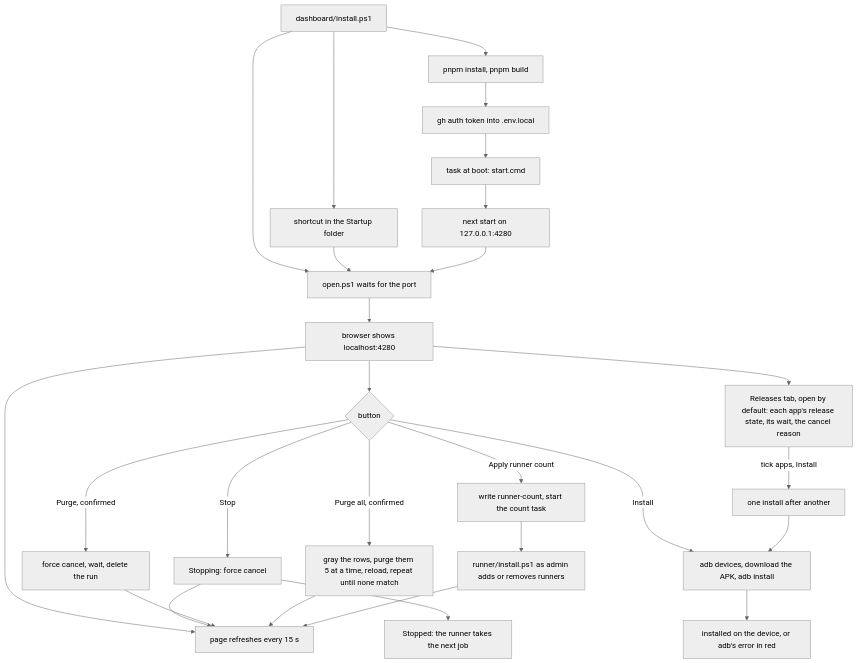
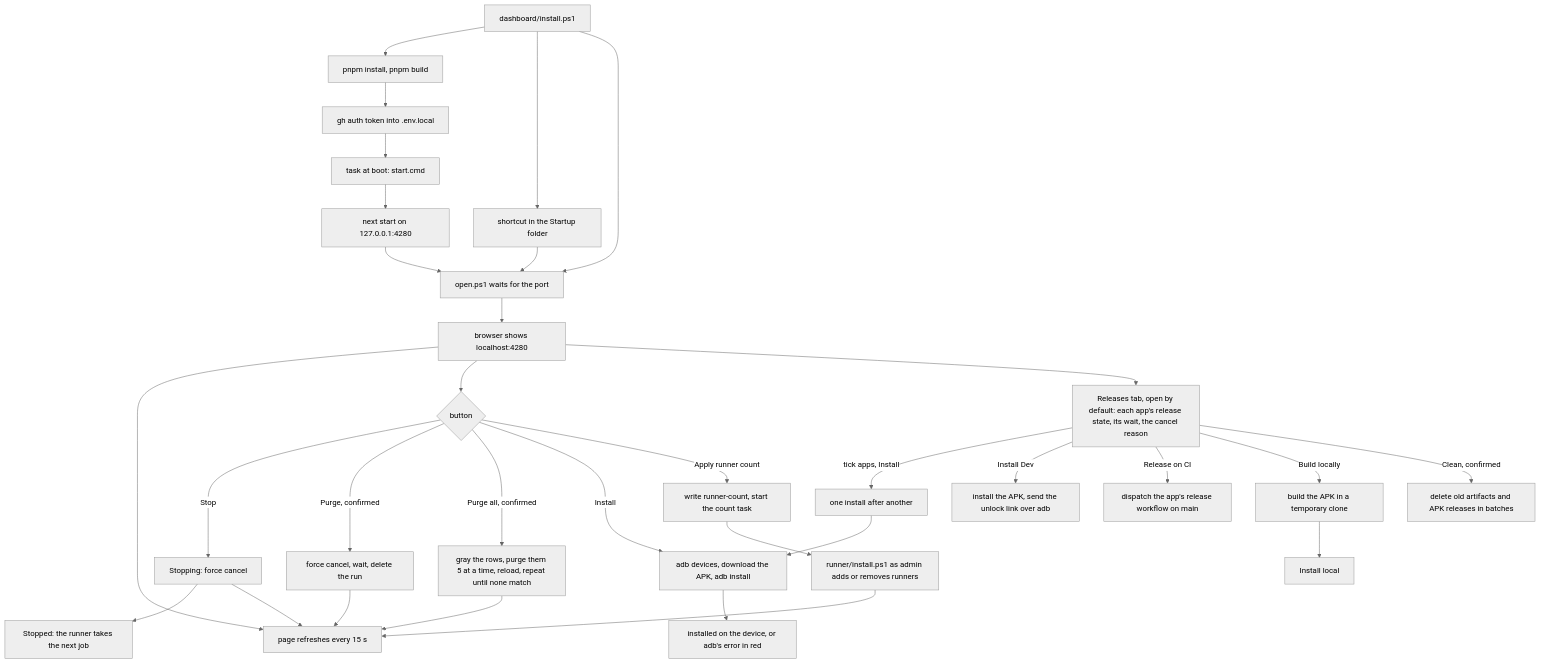
The sixth of 6 diagrams in docs/user-flows.md (workbench-soft/local-ci), drawn with Mermaid (neutral theme) before and after one commit. The commit also changed other lines of this file and 7 other files, not shown here.

First line of the commit message:
docs: match the docs to Release after Checks, Install Dev and storage cleanup (#131)

````diff
--- a/docs/user-flows.md
+++ b/docs/user-flows.md
@@ -154,23 +159,27 @@
 ```mermaid
 flowchart TD
   A[dashboard/install.ps1] --> B[pnpm install, pnpm build]
   B --> C[gh auth token into .env.local]
   C --> D[task at boot: start.cmd]
   D --> E[next start on 127.0.0.1:4280]
   A --> S[shortcut in the Startup folder]
   A & S --> O[open.ps1 waits for the port]
   E --> O
   O --> F[browser shows localhost:4280]
   F --> G[page refreshes every 15 s]
   F --> H{button}
   H -- Stop --> I[Stopping: force cancel] --> I2[Stopped: the runner takes the next job]
   H -- Purge, confirmed --> J[force cancel, wait, delete the run]
   H -- Purge all, confirmed --> P[gray the rows, purge them 5 at a time, reload, repeat until none match]
   H -- Install --> K[adb devices, download the APK, adb install]
   K --> L[installed on the device, or adb's error in red]
   F --> RT[Releases tab, open by default: each app's release state, its wait, the cancel reason]
   RT -- tick apps, Install --> K2[one install after another] --> K
+  RT -- Install Dev --> DV[install the APK, send the unlock link over adb]
+  RT -- Release on CI --> DS[dispatch the app's release workflow on main]
+  RT -- Build locally --> LB[build the APK in a temporary clone] --> LI[Install local]
+  RT -- Clean, confirmed --> CL[delete old artifacts and APK releases in batches]
   H -- Apply runner count --> R[write runner-count, start the count task]
   R --> T[runner/install.ps1 as admin adds or removes runners]
   I & J & P & T --> G
 ```
````
